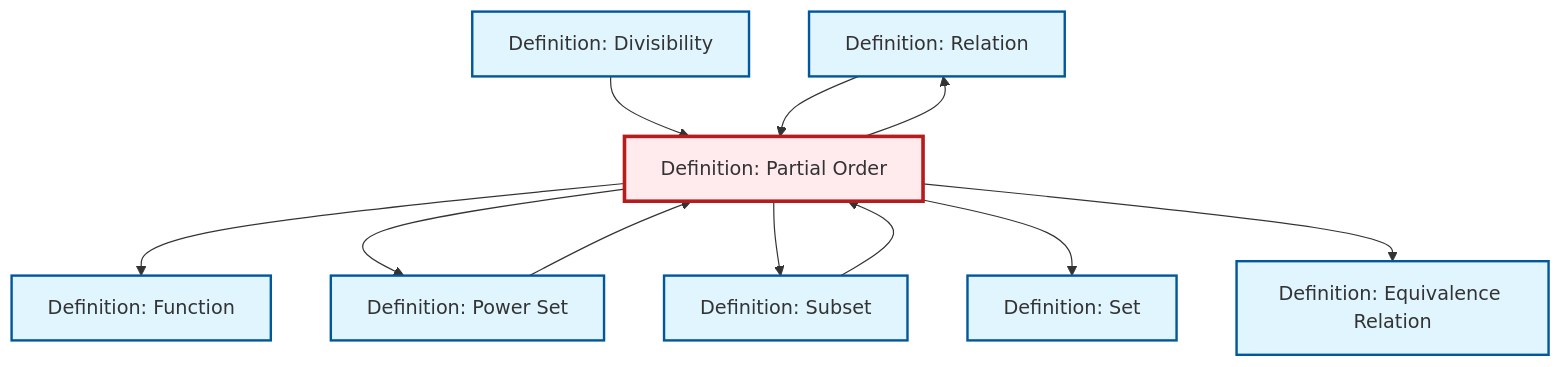
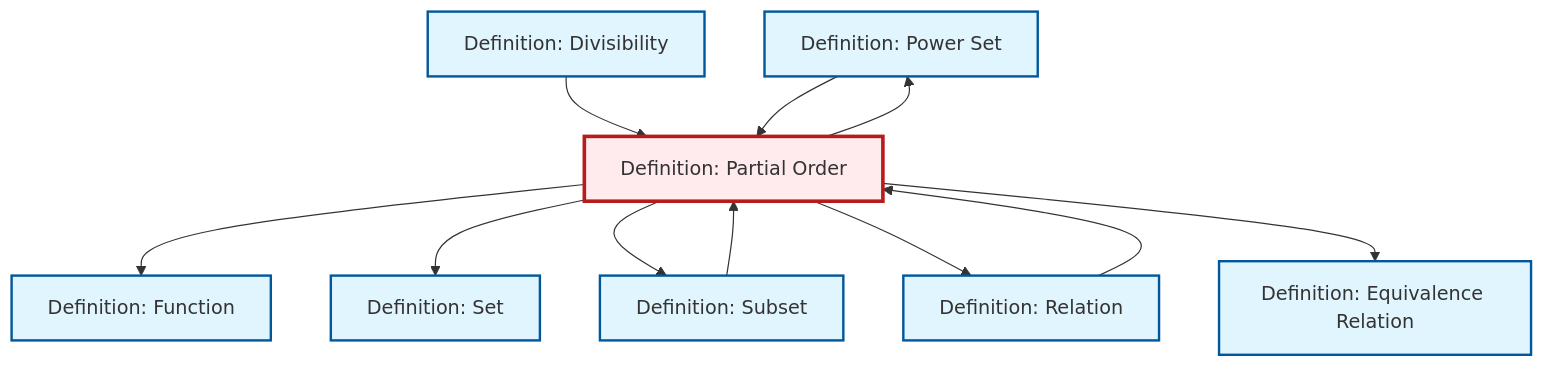
Before and after one commit to RK0429/ModernMath: the diagram in content/ja/logic-set-theory/def-partial-order.qmd, drawn with Mermaid. The commit also changed other lines of this file and 634 other files, not shown here.

````diff
--- a/content/ja/logic-set-theory/def-partial-order.qmd
+++ b/content/ja/logic-set-theory/def-partial-order.qmd
@@ -157,35 +157,35 @@
 ```{mermaid}
 %%| fig-cap: "Local dependency graph"
 graph TD
     classDef definition fill:#e1f5fe,stroke:#01579b,stroke-width:2px
     classDef theorem fill:#f3e5f5,stroke:#4a148c,stroke-width:2px
     classDef axiom fill:#fff3e0,stroke:#e65100,stroke-width:2px
     classDef example fill:#e8f5e9,stroke:#1b5e20,stroke-width:2px
     classDef current fill:#ffebee,stroke:#b71c1c,stroke-width:3px
-    def-relation["Definition: Relation"]:::definition
-    def-divisibility["Definition: Divisibility"]:::definition
-    def-set["Definition: Set"]:::definition
+    def-power-set["Definition: Power Set"]:::definition
     def-partial-order["Definition: Partial Order"]:::definition
-    def-power-set["Definition: Power Set"]:::definition
     def-equivalence-relation["Definition: Equivalence Relation"]:::definition
     def-subset["Definition: Subset"]:::definition
+    def-divisibility["Definition: Divisibility"]:::definition
     def-function["Definition: Function"]:::definition
+    def-relation["Definition: Relation"]:::definition
+    def-set["Definition: Set"]:::definition
     def-partial-order --> def-function
-    def-partial-order --> def-power-set
+    def-partial-order --> def-set
+    def-subset --> def-partial-order
     def-divisibility --> def-partial-order
-    def-partial-order --> def-relation
-    def-power-set --> def-partial-order
     def-relation --> def-partial-order
     def-partial-order --> def-subset
-    def-subset --> def-partial-order
-    def-partial-order --> def-set
+    def-partial-order --> def-relation
     def-partial-order --> def-equivalence-relation
+    def-power-set --> def-partial-order
+    def-partial-order --> def-power-set
     class def-partial-order current
-    click def-relation "def-relation.html" "Definition: Relationへ"
-    click def-divisibility "def-divisibility.html" "Definition: Divisibilityへ"
-    click def-set "def-set.html" "Definition: Setへ"
     click def-power-set "def-power-set.html" "Definition: Power Setへ"
     click def-equivalence-relation "def-equivalence-relation.html" "Definition: Equivalence Relationへ"
     click def-subset "def-subset.html" "Definition: Subsetへ"
+    click def-divisibility "def-divisibility.html" "Definition: Divisibilityへ"
     click def-function "def-function.html" "Definition: Functionへ"
+    click def-relation "def-relation.html" "Definition: Relationへ"
+    click def-set "def-set.html" "Definition: Setへ"
 ```
````
